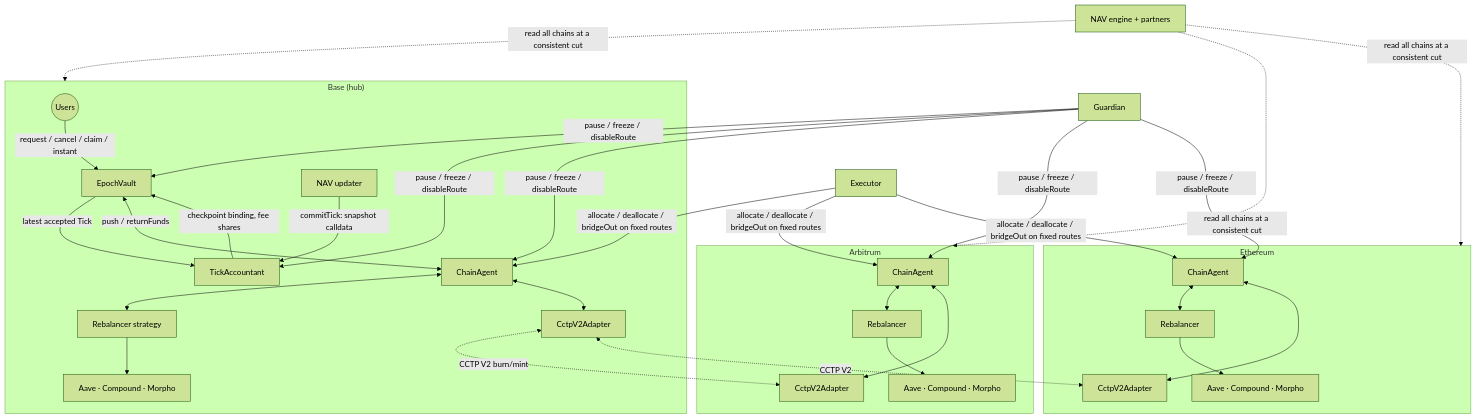
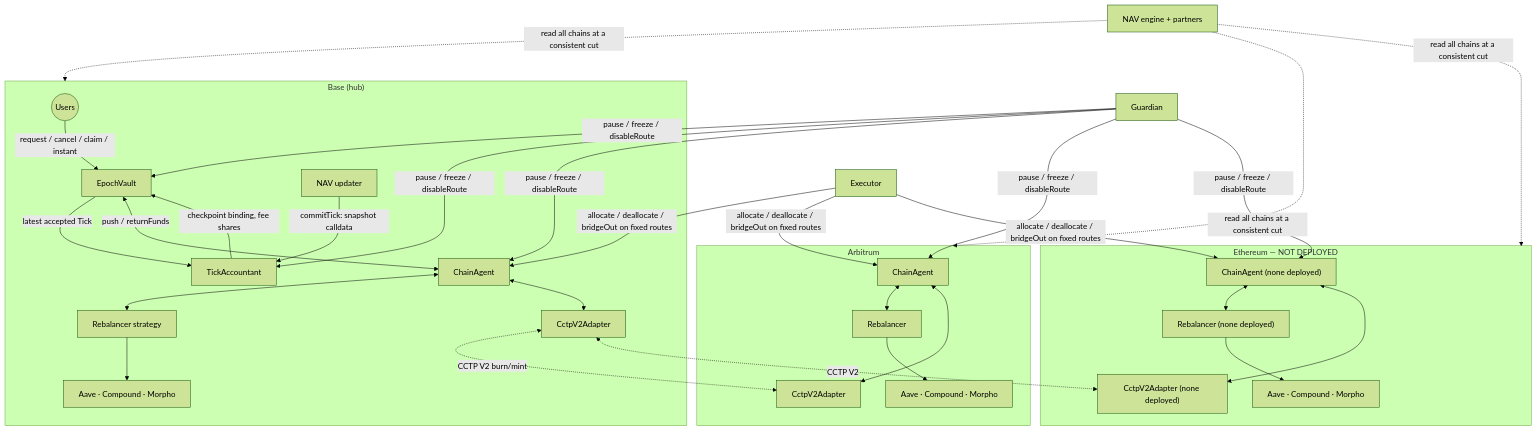
One commit to Thesauros/optimized-rebalancer-contracts changed the first of 3 diagrams in docs/implementation-report.md. Above: the diagram before and after it, drawn with Mermaid (forest theme). The commit also changed other lines of this file and 36 other files, not shown here.

````diff
--- a/docs/implementation-report.md
+++ b/docs/implementation-report.md
@@ -360,25 +530,25 @@
 ```mermaid
 flowchart TB
   subgraph BASE["Base (hub)"]
     U((Users)) -->|request / cancel / claim / instant| EV[EpochVault]
     EV -->|latest accepted Tick| TA[TickAccountant]
     NU[NAV updater] -->|commitTick: snapshot calldata| TA
     TA -->|checkpoint binding, fee shares| EV
     EV <-->|push / returnFunds| HA[ChainAgent]
     HA <--> HR[Rebalancer strategy] --> HP[Aave · Compound · Morpho]
     HA <--> HC[CctpV2Adapter]
   end
   subgraph ARB["Arbitrum"]
     AA[ChainAgent] <--> AR[Rebalancer] --> AP[Aave · Compound · Morpho]
     AA <--> AC[CctpV2Adapter]
   end
-  subgraph ETH["Ethereum"]
-    EA[ChainAgent] <--> ER[Rebalancer] --> EP[Aave · Compound · Morpho]
-    EA <--> EC[CctpV2Adapter]
+  subgraph ETH["Ethereum — NOT DEPLOYED"]
+    EA["ChainAgent (none deployed)"] <--> ER["Rebalancer (none deployed)"] --> EP["Aave · Compound · Morpho"]
+    EA <--> EC["CctpV2Adapter (none deployed)"]
   end
   HC <-. CCTP V2 burn/mint .-> AC
   HC <-. CCTP V2 .-> EC
   X[Executor] -->|allocate / deallocate / bridgeOut on fixed routes| HA & AA & EA
   G[Guardian] -->|pause / freeze / disableRoute| EV & TA & HA & AA & EA
   OFF[NAV engine + partners] -. read all chains at a consistent cut .-> BASE & ARB & ETH
 ```
````
